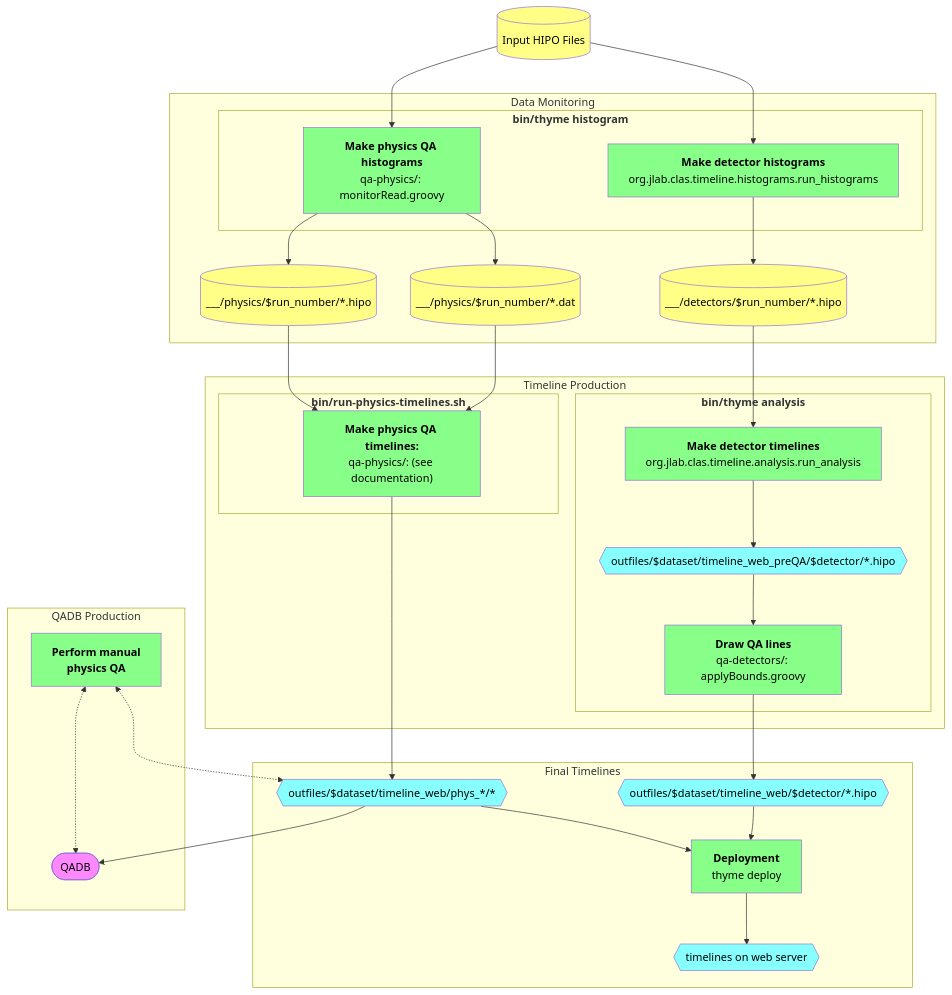
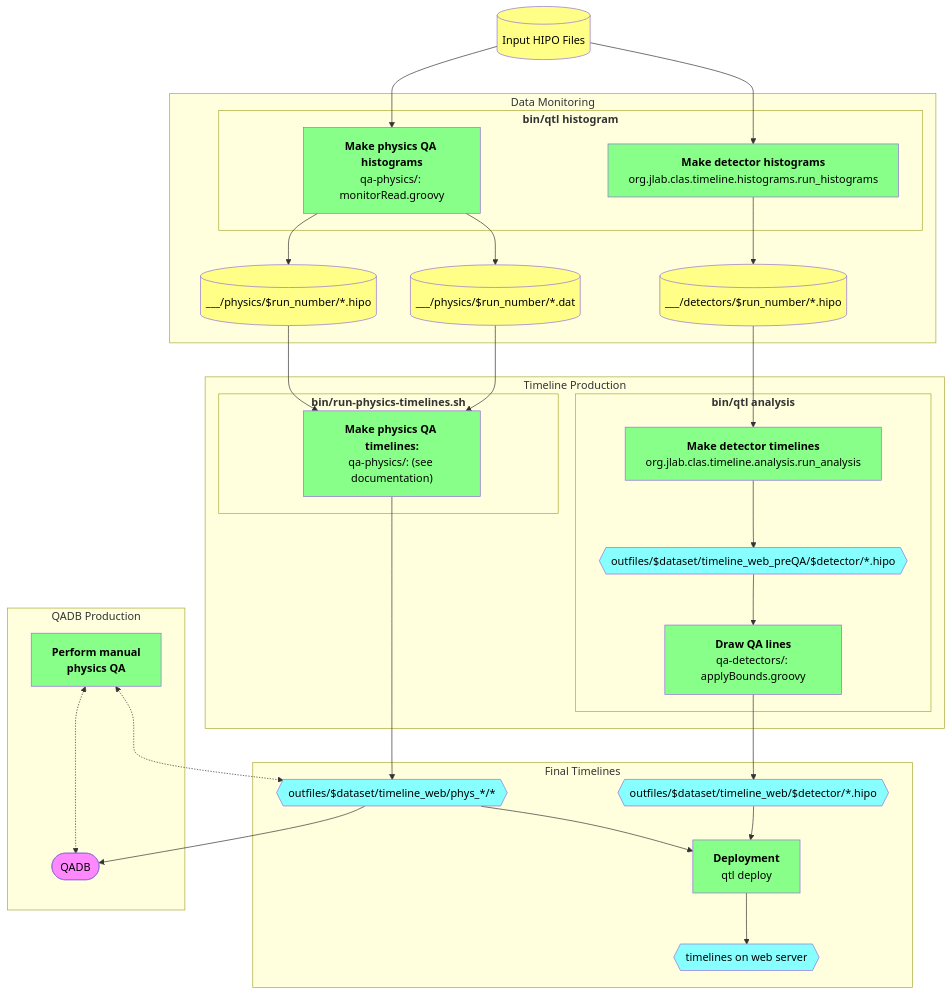
Before and after one commit to JeffersonLab/clas12-timeline: the diagram in doc/dev_notes.md, drawn with Mermaid. The commit also changed other lines of this file and 17 other files, not shown here.

Commit message:
refactor!: `thyme` -> `qtl`

````diff
--- a/doc/dev_notes.md
+++ b/doc/dev_notes.md
@@ -4,57 +4,57 @@
 ```mermaid
 flowchart TB
 
     classDef proc     fill:#8f8,color:black
     classDef data     fill:#ff8,color:black
     classDef misc     fill:#f8f,color:black
     classDef timeline fill:#8ff,color:black
 
     dst[(Input HIPO Files)]:::data
 
     subgraph Data Monitoring
-        subgraph "<strong>bin/thyme histogram</strong>"
+        subgraph "<strong>bin/qtl histogram</strong>"
             monitorDetectors["<strong>Make detector histograms</strong><br/>org.jlab.clas.timeline.histograms.run_histograms"]:::proc
             monitorPhysics["<strong>Make physics QA histograms</strong><br/>qa-physics/: monitorRead.groovy"]:::proc
         end
         outplots[(___/detectors/$run_number/*.hipo)]:::data
         outdat[(___/physics/$run_number/*.dat)]:::data
         outmon[(___/physics/$run_number/*.hipo)]:::data
     end
     dst --> monitorDetectors
     dst --> monitorPhysics
     monitorDetectors --> outplots
     monitorPhysics   --> outdat
     monitorPhysics   --> outmon
 
     subgraph Timeline Production
-        subgraph "<strong>bin/thyme analysis</strong>"
+        subgraph "<strong>bin/qtl analysis</strong>"
             timelineDetectorsPreQA["<strong>Make detector timelines</strong><br/>org.jlab.clas.timeline.analysis.run_analysis"]:::proc
             outTimelineDetectorsPreQA{{outfiles/$dataset/timeline_web_preQA/$detector/*.hipo}}:::timeline
             timelineDetectors["<strong>Draw QA lines</strong><br/>qa-detectors/: applyBounds.groovy"]:::proc
         end
         subgraph "<strong>bin/run-physics-timelines.sh</strong>"
             timelinePhysics["<strong>Make physics QA timelines:</strong><br/>qa-physics/: (see documentation)"]:::proc
         end
     end
     subgraph Final Timelines
         outTimelinePhysics{{outfiles/$dataset/timeline_web/phys_*/*}}:::timeline
         outTimelineDetectors{{outfiles/$dataset/timeline_web/$detector/*.hipo}}:::timeline
-        deploy["<strong>Deployment</strong><br/>thyme deploy"]:::proc
+        deploy["<strong>Deployment</strong><br/>qtl deploy"]:::proc
         timelineDir{{timelines on web server}}:::timeline
     end
     outplots --> timelineDetectorsPreQA --> outTimelineDetectorsPreQA --> timelineDetectors --> outTimelineDetectors
     outdat   --> timelinePhysics
     outmon   --> timelinePhysics
     timelinePhysics --> outTimelinePhysics
     outTimelineDetectors --> deploy
     outTimelinePhysics   --> deploy
     deploy --> timelineDir
 
     subgraph QADB Production
         qadb([QADB]):::misc
         manualQA[<strong>Perform manual<br/>physics QA</strong>]:::proc
     end
     outTimelinePhysics   --> qadb
     manualQA <-.-> outTimelinePhysics
     manualQA <-.-> qadb
 ```
````
